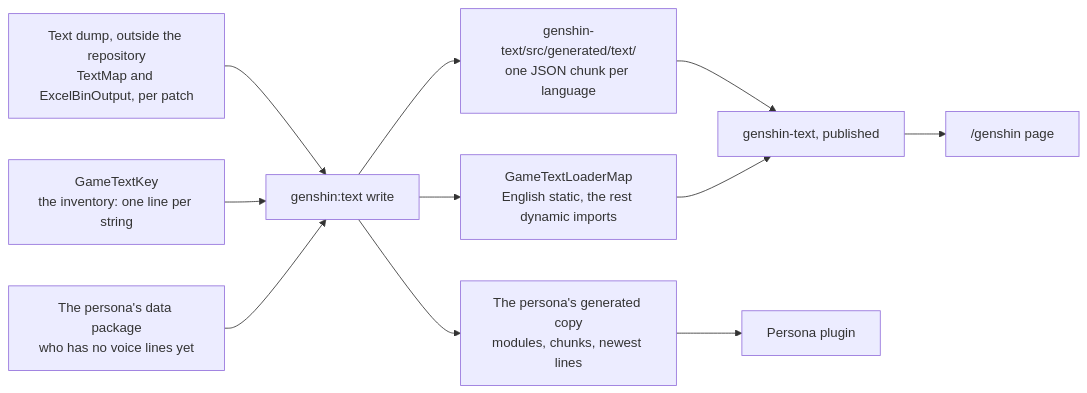
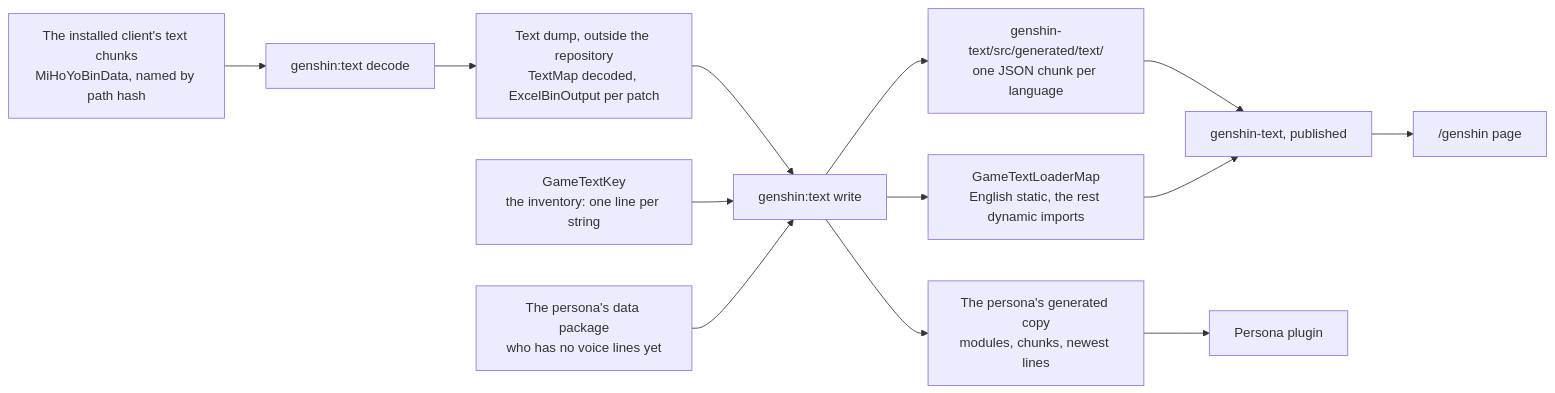
One commit to Esposter/Esposter changed the first of 2 diagrams in apps/web/content/docs/genshin/game-text.md. Above: the diagram before and after it, drawn with Mermaid. The commit also changed other lines of this file and 7 other files, not shown here.

Commit message:
docs(genshin): the text maps decode from the installed client, the tables stay the dump's for the reason the metadata route found, and AnimeGameData links to its GitHub mirror

````diff
--- a/apps/web/content/docs/genshin/game-text.md
+++ b/apps/web/content/docs/genshin/game-text.md
@@ -14,13 +14,15 @@
 ```mermaid
 flowchart LR
-  Dump["Text dump, outside the repository<br/>TextMap and ExcelBinOutput, per patch"] --> Write["genshin:text write"]
+  Install["The installed client's text chunks<br/>MiHoYoBinData, named by path hash"] --> Decode["genshin:text decode"]
+  Decode --> Dump["Text dump, outside the repository<br/>TextMap decoded, ExcelBinOutput per patch"]
+  Dump --> Write["genshin:text write"]
   Keys["GameTextKey<br/>the inventory: one line per string"] --> Write
   Roster["The persona's data package<br/>who has no voice lines yet"] --> Write
   Write --> Chunks["genshin-text/src/generated/text/<br/>one JSON chunk per language"]
   Write --> Loader["GameTextLoaderMap<br/>English static, the rest dynamic imports"]
   Write --> Copy["The persona's generated copy<br/>modules, chunks, newest lines"]
   Chunks --> Package["genshin-text, published"]
   Loader --> Package
   Package --> App["/genshin page"]
   Copy --> Persona["Persona plugin"]
 ```
````
